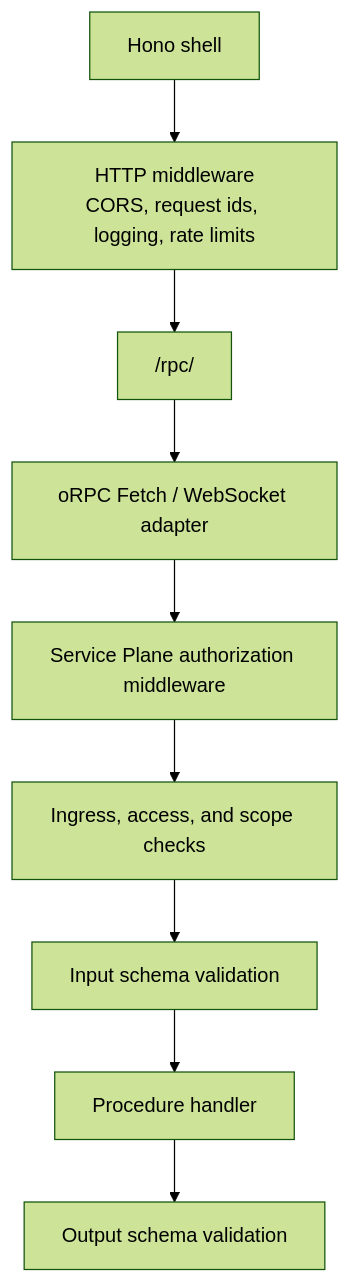
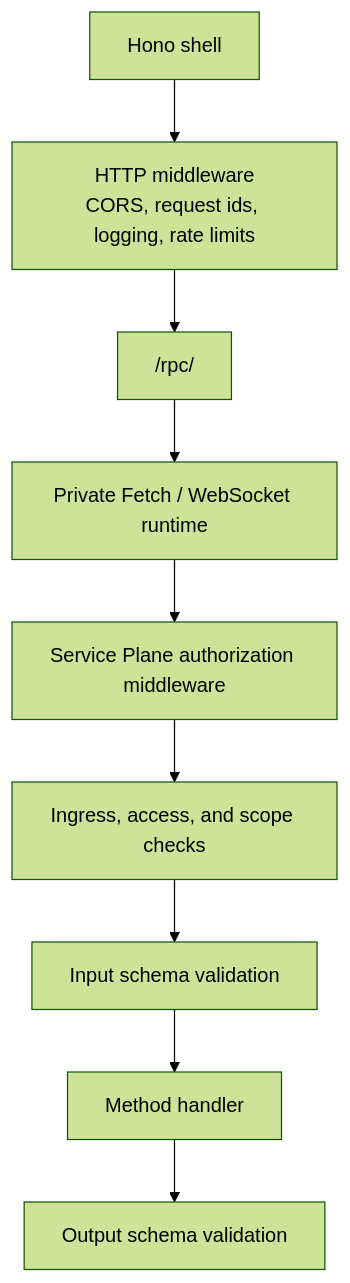
Before and after one commit to JUVOJustin/service-plane: the second of 3 diagrams in .apm/skills/service-plane/references/architecture.md, drawn with Mermaid (forest theme). The commit also changed other lines of this file and 56 other files, not shown here.

Commit message:
Hide oRPC behind the Service Plane API

````diff
--- a/.apm/skills/service-plane/references/architecture.md
+++ b/.apm/skills/service-plane/references/architecture.md
@@ -59,11 +63,11 @@
 ```mermaid
 flowchart TD
   Hono["Hono shell"] --> Middleware["HTTP middleware<br/>CORS, request ids, logging, rate limits"]
   Middleware --> Endpoint["/rpc/<abilityId>"]
-  Endpoint --> ORPC["oRPC Fetch / WebSocket adapter"]
-  ORPC --> Auth["Service Plane authorization middleware"]
+  Endpoint --> RPC["Private Fetch / WebSocket runtime"]
+  RPC --> Auth["Service Plane authorization middleware"]
   Auth --> Scopes["Ingress, access, and scope checks"]
   Scopes --> SchemaIn["Input schema validation"]
-  SchemaIn --> Handler["Procedure handler"]
+  SchemaIn --> Handler["Method handler"]
   Handler --> SchemaOut["Output schema validation"]
 ```
````
